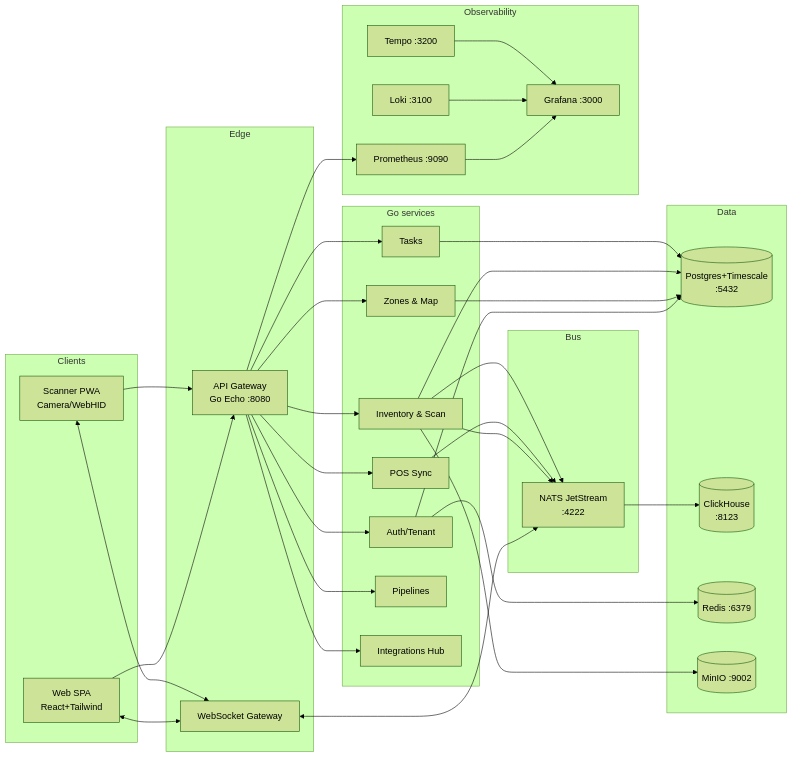
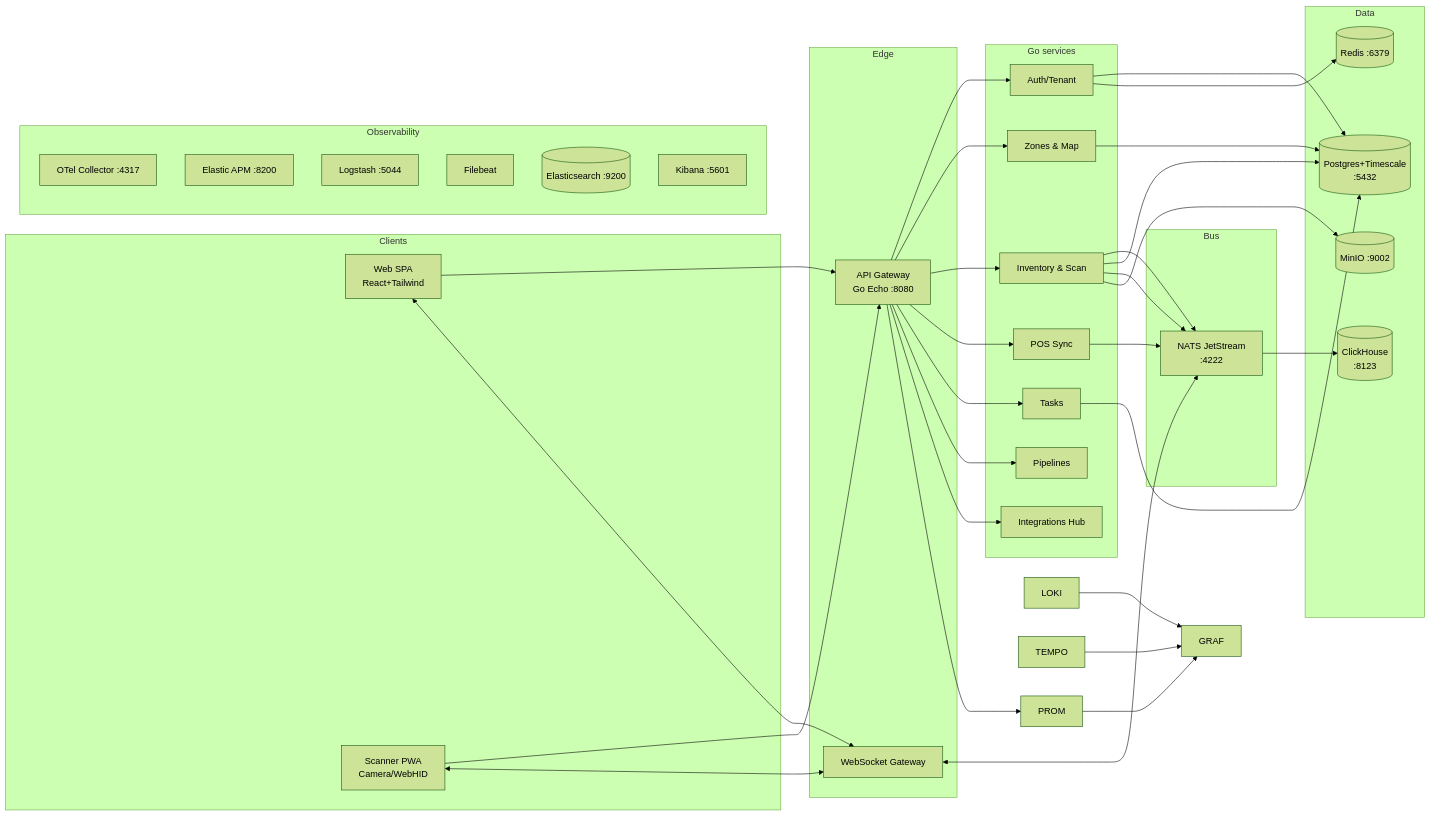
Before and after one commit to mrohadi/live-rack: the diagram in README.md, drawn with Mermaid (forest theme). The commit also changed other lines of this file and 16 other files, not shown here.

First line of the commit message:
chore: swap observability to ELK stack + Elastic APM

````diff
--- a/README.md
+++ b/README.md
@@ -294,52 +297,54 @@
 ```mermaid
 flowchart LR
   subgraph Clients
     WEB[Web SPA<br/>React+Tailwind]
     PWA[Scanner PWA<br/>Camera/WebHID]
   end
 
   subgraph Edge
     GW[API Gateway<br/>Go Echo :8080]
     WS[WebSocket Gateway]
   end
 
   subgraph Core[Go services]
     AUTH[Auth/Tenant]
     ZONE[Zones & Map]
     INV[Inventory & Scan]
     POS[POS Sync]
     TASK[Tasks]
     PIPE[Pipelines]
     INTG[Integrations Hub]
   end
 
   subgraph Data
     PG[(Postgres+Timescale<br/>:5432)]
     CH[(ClickHouse<br/>:8123)]
     REDIS[(Redis :6379)]
     S3[(MinIO :9002)]
   end
 
   subgraph Bus
     NATS[NATS JetStream<br/>:4222]
   end
 
   subgraph Obs[Observability]
-    PROM[Prometheus :9090]
-    LOKI[Loki :3100]
-    TEMPO[Tempo :3200]
-    GRAF[Grafana :3000]
+    OTEL[OTel Collector :4317]
+    APM[Elastic APM :8200]
+    LS[Logstash :5044]
+    FB[Filebeat]
+    ES[(Elasticsearch :9200)]
+    KIB[Kibana :5601]
   end
 
   WEB & PWA --> GW
   WEB & PWA <--> WS
   GW --> AUTH & ZONE & INV & POS & TASK & PIPE & INTG
   WS <--> NATS
   INV & POS --> NATS
   AUTH & ZONE & INV & TASK --> PG
   INV --> NATS --> CH
   INV --> S3
   AUTH --> REDIS
   GW --> PROM
   PROM & LOKI & TEMPO --> GRAF
 ```
````
